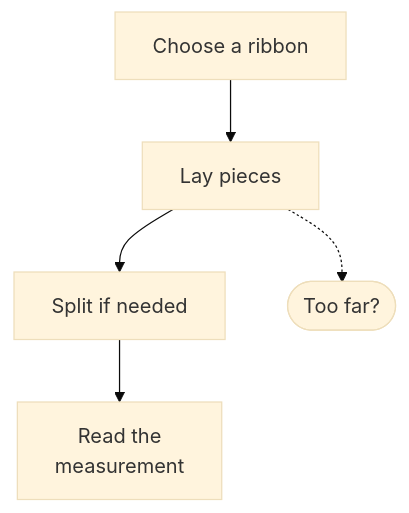
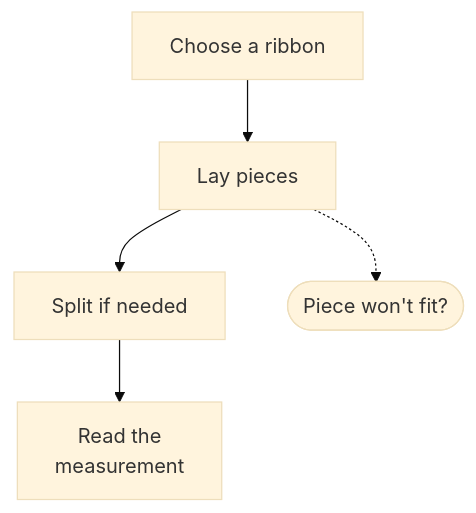
Before and after one commit to anotherpanacea-eng/learning-garden: the eighth of 14 diagrams in docs/reviews/drawn-howto-check-2026-10-31.md, drawn with Mermaid (base theme). The commit also changed other lines of this file, not shown here.

````diff
--- a/docs/reviews/drawn-howto-check-2026-10-31.md
+++ b/docs/reviews/drawn-howto-check-2026-10-31.md
@@ -196,12 +178,12 @@
 ```mermaid
 flowchart TD
   s0[Choose a ribbon]
   s1[Lay pieces]
   s2[Split if needed]
   s3[Read the<br>measurement]
   s0 --> s1
   s1 --> s2
   s2 --> s3
-  x0([Too far?])
+  x0([Piece won't fit?])
   s1 -.-> x0
 ```
````
